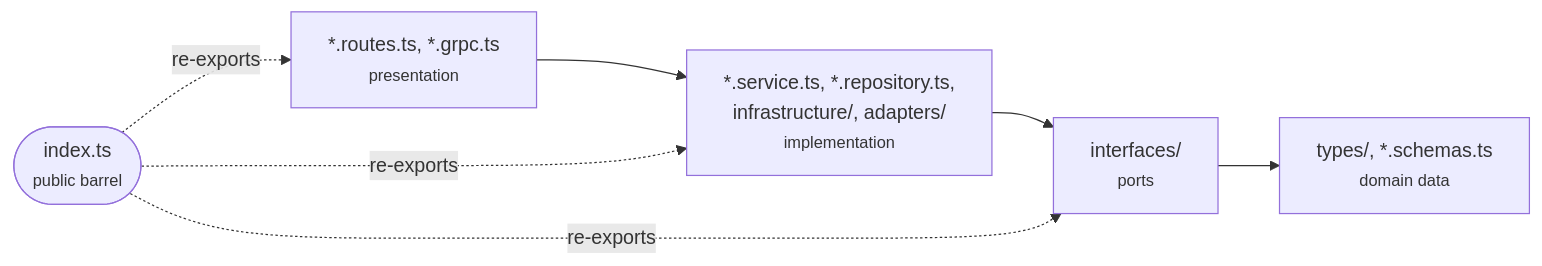
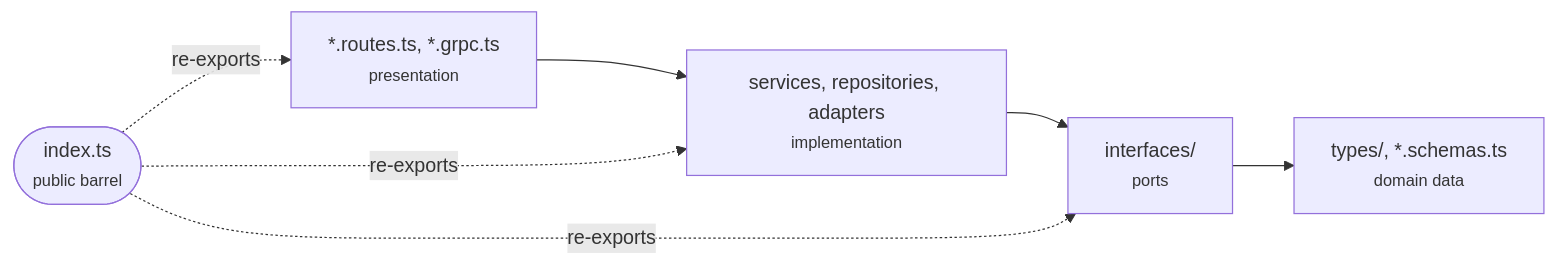
One commit to GenesisEducationKyiv/software-engineering-school-6-0-Crosshell changed the second of 2 diagrams in docs/architecture.md. Above: the diagram before and after it, drawn with Mermaid. The commit also changed other lines of this file and 3 other files, not shown here.

Commit message:
docs(hw10): add architecture diagram and revise documentation structure

````diff
--- a/docs/architecture.md
+++ b/docs/architecture.md
@@ -62,15 +90,15 @@
 ```mermaid
 flowchart LR
     Types["types/, *.schemas.ts<br/><small>domain data</small>"]
     Ports["interfaces/<br/><small>ports</small>"]
-    Impl["*.service.ts, *.repository.ts,<br/>infrastructure/, adapters/<br/><small>implementation</small>"]
+    Impl["services, repositories, adapters<br/><small>implementation</small>"]
     Presentation["*.routes.ts, *.grpc.ts<br/><small>presentation</small>"]
     Barrel(["index.ts<br/><small>public barrel</small>"])
 
     Ports --> Types
     Impl --> Ports
     Presentation --> Impl
     Barrel -.re-exports.-> Presentation
     Barrel -.re-exports.-> Impl
     Barrel -.re-exports.-> Ports
 ```
````
